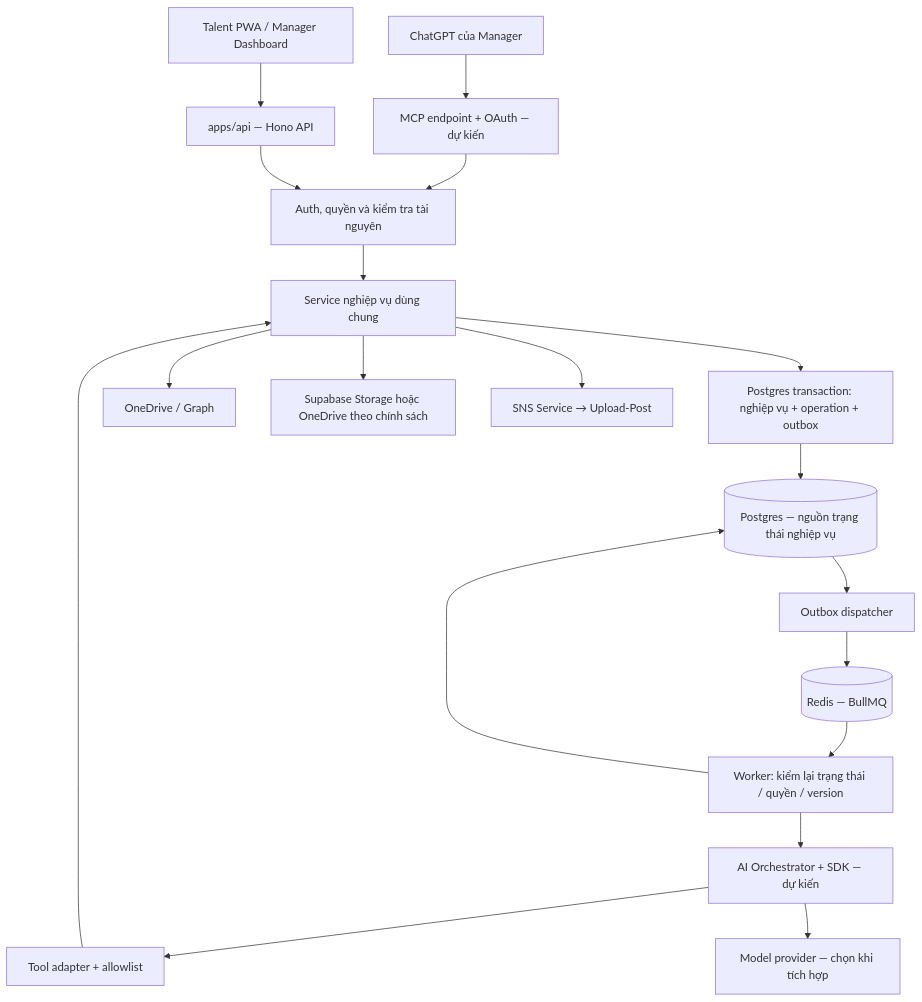
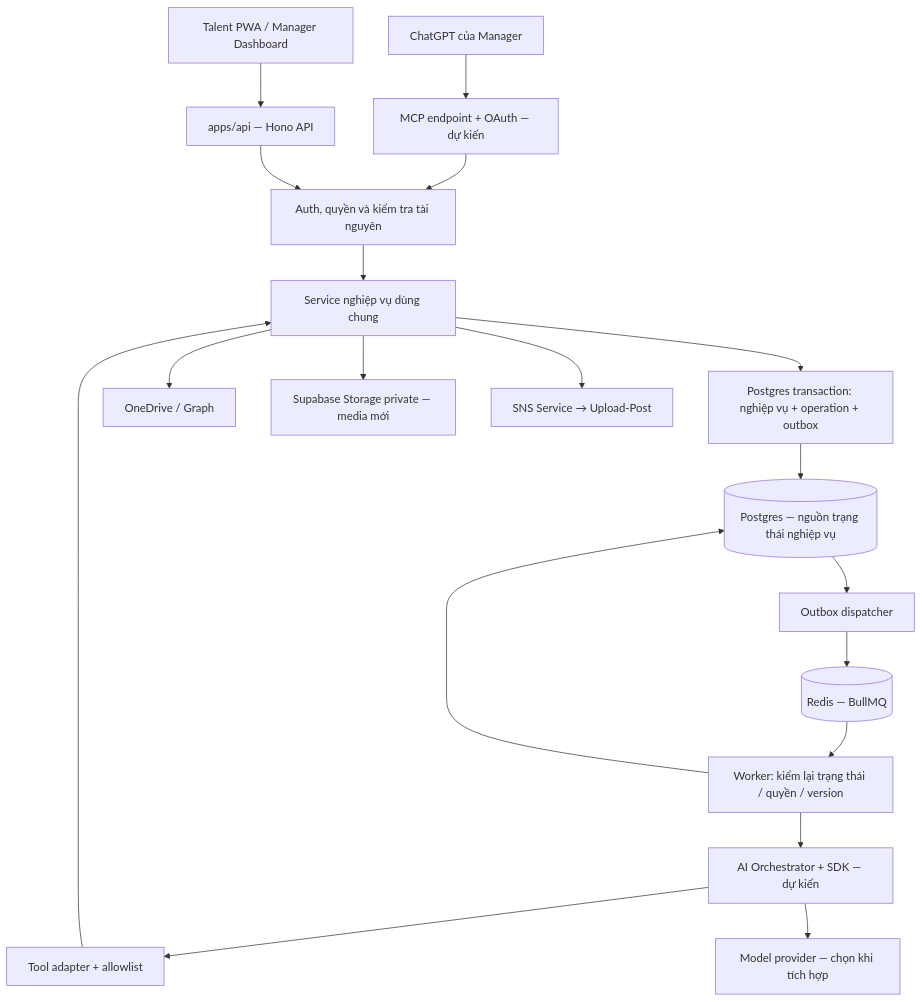
Before and after one commit to hailt-amcolab/ai_talent_os_docs: the first of 2 diagrams in agent_spec/AI_Talent_OS_AI_Core_Architecture_Report_v2.md, drawn with Mermaid. The commit also changed other lines of this file and 162 other files, not shown here.

````diff
--- a/agent_spec/AI_Talent_OS_AI_Core_Architecture_Report_v2.md
+++ b/agent_spec/AI_Talent_OS_AI_Core_Architecture_Report_v2.md
@@ -30,21 +49,21 @@
 ```mermaid
 flowchart TB
   PWA["Talent PWA / Manager Dashboard"] --> API["apps/api — Hono API"]
   GPT["ChatGPT của Manager"] --> REMOTE["MCP endpoint + OAuth — dự kiến"]
   REMOTE --> AUTH["Auth, quyền và kiểm tra tài nguyên"]
   API --> AUTH
   AUTH --> BIZ["Service nghiệp vụ dùng chung"]
   BIZ --> TX["Postgres transaction: nghiệp vụ + operation + outbox"]
   TX --> DB[("Postgres — nguồn trạng thái nghiệp vụ")]
   DB --> DISP["Outbox dispatcher"]
   DISP --> REDIS[("Redis — BullMQ")]
   REDIS --> WORK["Worker: kiểm lại trạng thái / quyền / version"]
   WORK --> ORCH["AI Orchestrator + SDK — dự kiến"]
   ORCH --> TOOLS["Tool adapter + allowlist"]
   TOOLS --> BIZ
   ORCH --> LLM["Model provider — chọn khi tích hợp"]
   WORK --> DB
   BIZ --> DRIVE["OneDrive / Graph"]
-  BIZ --> MEDIA["Supabase Storage hoặc OneDrive theo chính sách"]
+  BIZ --> MEDIA["Supabase Storage private — media mới"]
   BIZ --> SNS["SNS Service → Upload-Post"]
 ```
````
